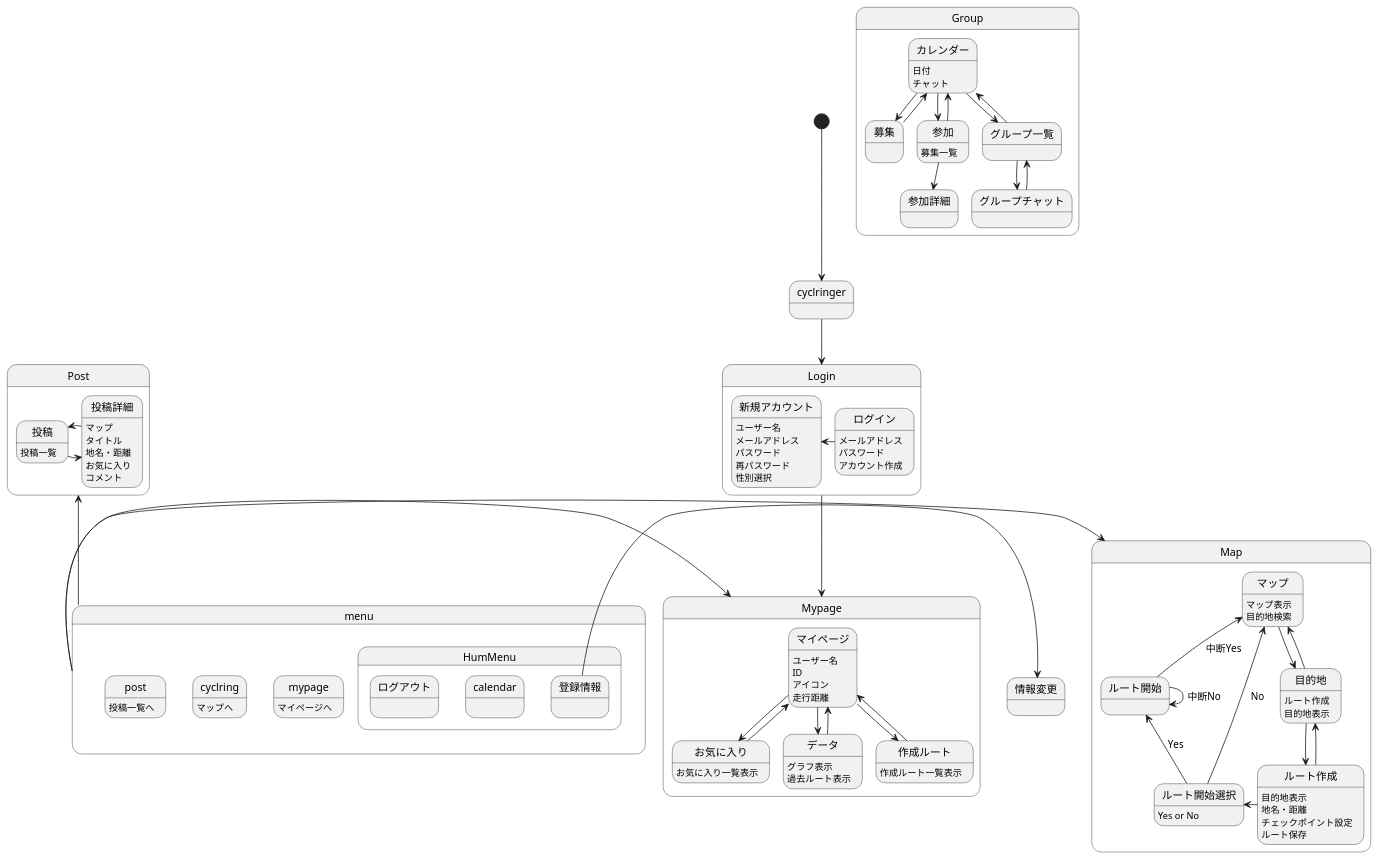
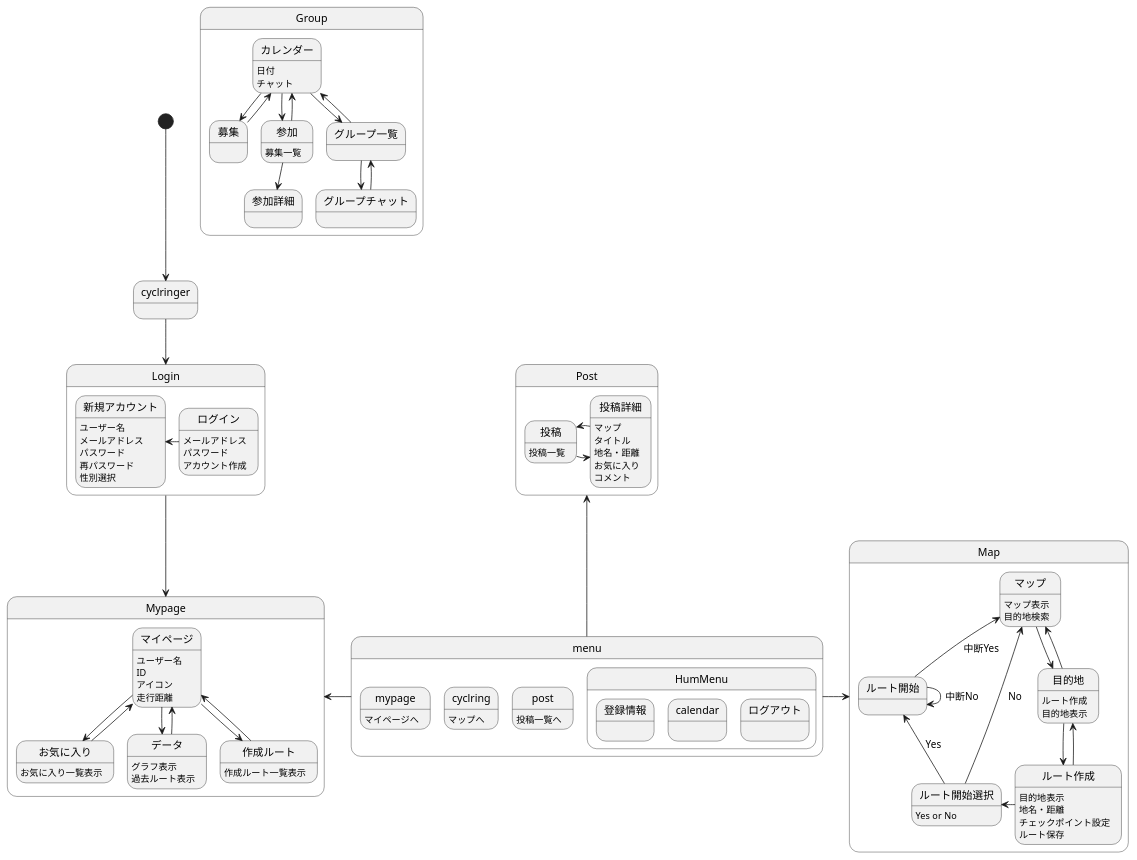
Before and after one commit to AsoSD3A3/CyclingSystem: the diagram in 画面遷移図/gm.md, drawn with PlantUML.

```diff
--- a/画面遷移図/gm.md
+++ b/画面遷移図/gm.md
@@ -14,10 +14,6 @@
 ログアウト:
 }
 }
-
-登録情報-right->情報変更
-
-
 
 state Group{
 カレンダー:日付
```
